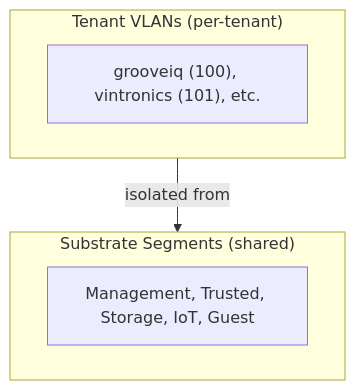
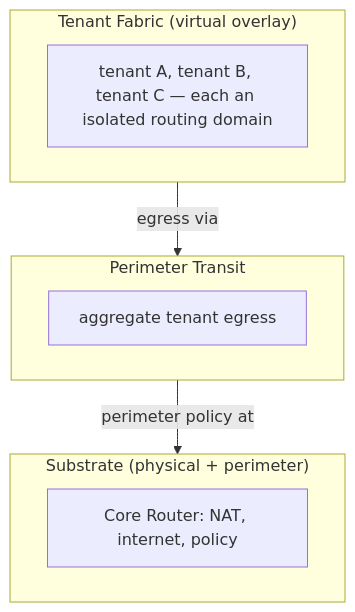
Before and after one commit to deevnet/deevnet-docs: the diagram in content/docs/architecture/tenant/networking.md, drawn with Mermaid. The commit also changed other lines of this file and 8 other files, not shown here.

```diff
--- a/content/docs/architecture/tenant/networking.md
+++ b/content/docs/architecture/tenant/networking.md
@@ -116,10 +154,14 @@
 {{< mermaid >}}
 graph TB
-    subgraph tenant["Tenant VLANs (per-tenant)"]
-        T["grooveiq (100), vintronics (101), etc."]
+    subgraph tenant["Tenant Fabric (virtual overlay)"]
+        T["tenant A, tenant B, tenant C — each an isolated routing domain"]
     end
-    subgraph substrate["Substrate Segments (shared)"]
-        S["Management, Trusted, Storage, IoT, Guest"]
+    subgraph transit["Perimeter Transit"]
+        X["aggregate tenant egress"]
     end
-    tenant -->|isolated from| substrate
+    subgraph substrate["Substrate (physical + perimeter)"]
+        S["Core Router: NAT, internet, policy"]
+    end
+    tenant -->|egress via| transit
+    transit -->|perimeter policy at| substrate
 {{< /mermaid >}}
```
